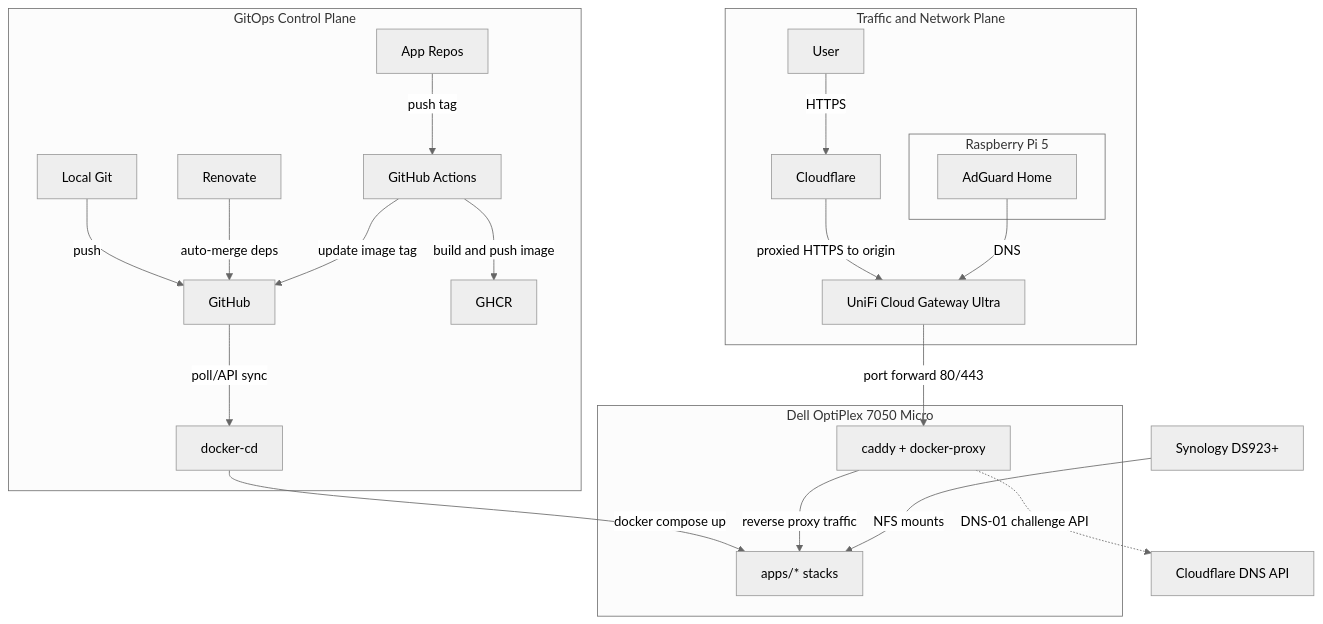
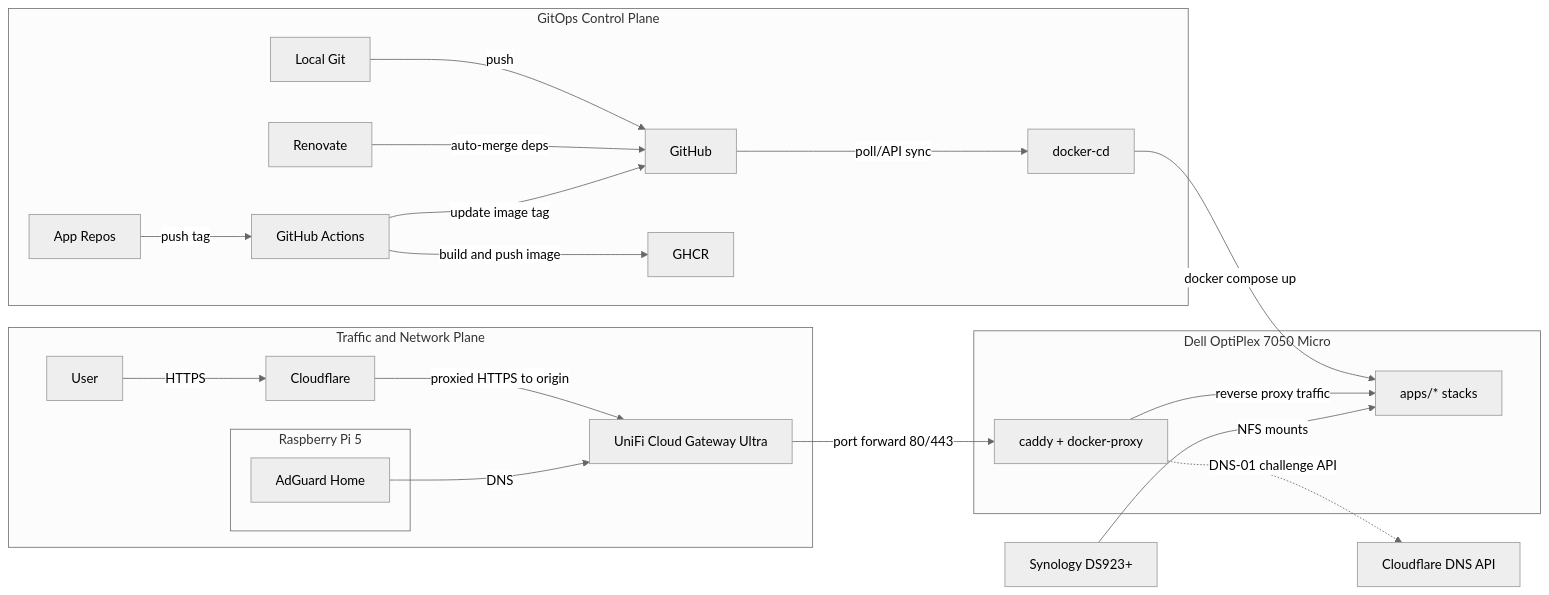
The diagram in README.md (wajeht/home-ops), drawn with Mermaid (neutral theme) before and after one commit.

Commit message:
docs: update README with flowchart direction correction

````diff
--- a/README.md
+++ b/README.md
@@ -16,29 +16,29 @@
 ```mermaid
-flowchart TB
+flowchart LR
     subgraph control[GitOps Control Plane]
         local_git[Local Git] -->|push| github[GitHub]
         app_repo[App Repos] -->|push tag| actions[GitHub Actions]
         renovate[Renovate] -->|auto-merge deps| github
         actions -->|build and push image| ghcr[GHCR]
         actions -->|update image tag| github
         github -->|poll/API sync| docker_cd[docker-cd]
     end
 
     subgraph network[Traffic and Network Plane]
         user[User] -->|HTTPS| cloudflare[Cloudflare]
         cloudflare -->|proxied HTTPS to origin| unifi[UniFi Cloud Gateway Ultra]
         subgraph pi[Raspberry Pi 5]
             adguard[AdGuard Home]
         end
         adguard -->|DNS| unifi
     end
 
     subgraph dell[Dell OptiPlex 7050 Micro]
         docker_cd -->|docker compose up| apps[apps/* stacks]
         caddy[caddy + docker-proxy] -->|reverse proxy traffic| apps
     end
 
     unifi -->|port forward 80/443| caddy
     caddy -.->|DNS-01 challenge API| cloudflare_dns[Cloudflare DNS API]
     nas[Synology DS923+] -->|NFS mounts| apps
 ```
````
